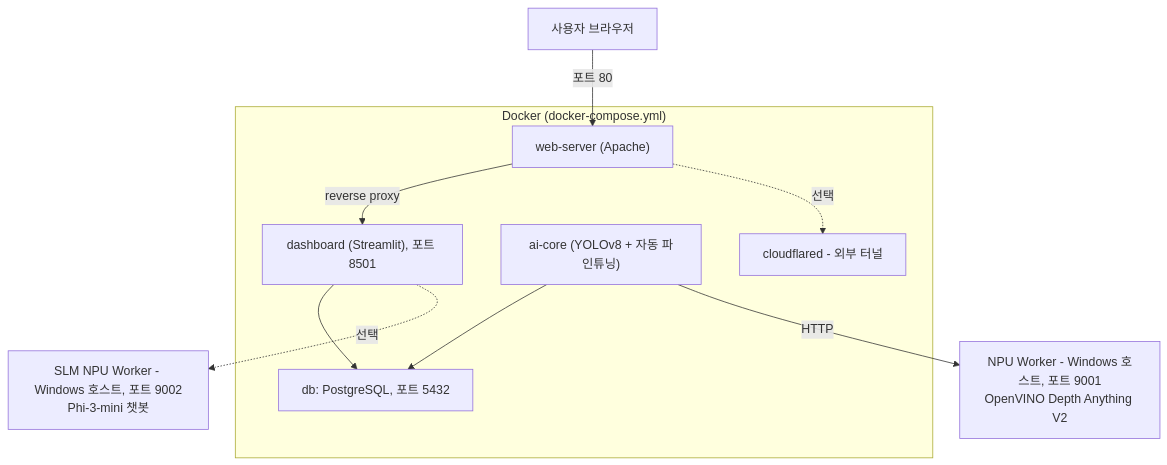
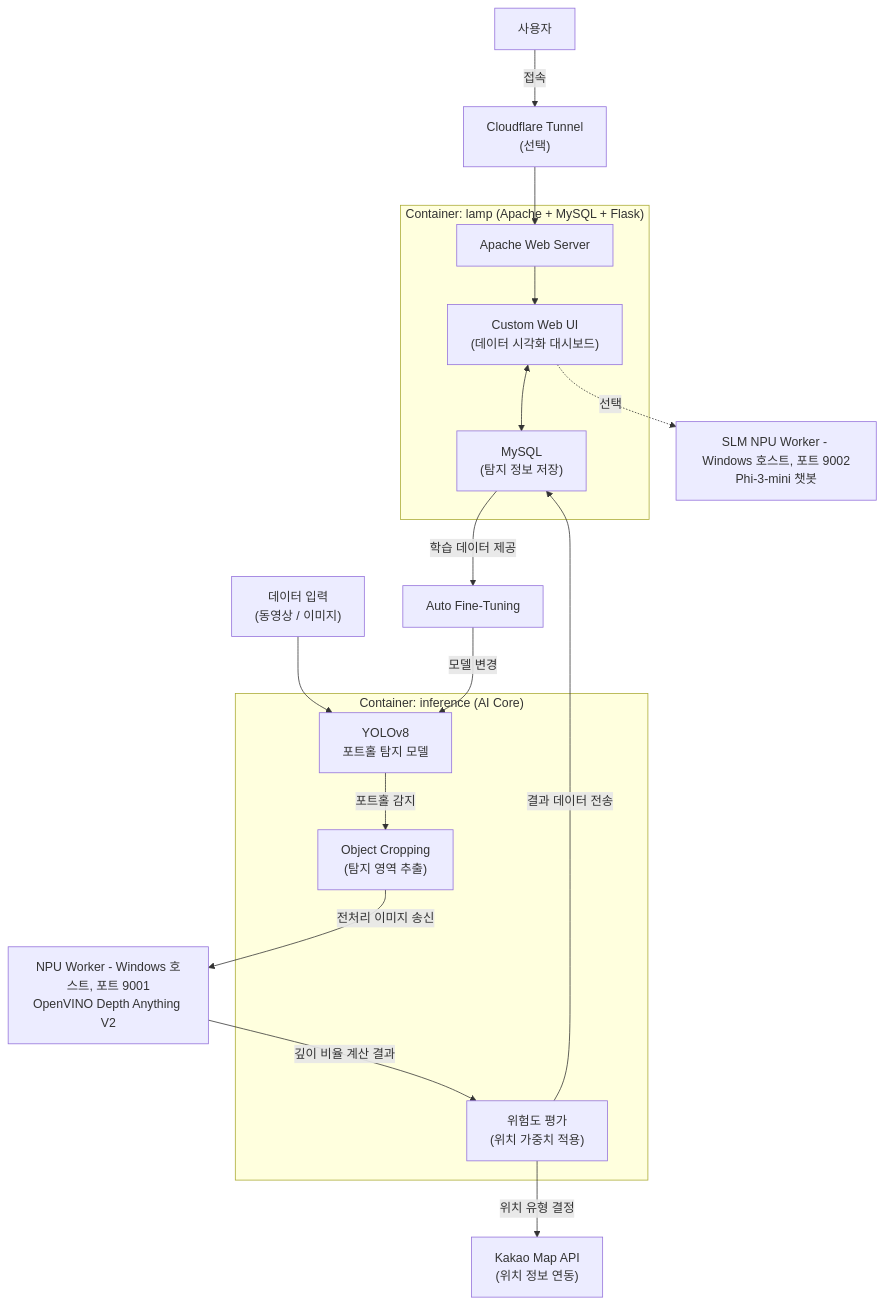
One commit to 2101080JUNGJINYOUNG/pothole-detection-system changed the diagram in README.md. Above: the diagram before and after it, drawn with Mermaid. The commit also changed other lines of this file and 94 other files, not shown here.

First line of the commit message:
Switch main architecture to LAMP+MySQL (team's official presented architecture)

````diff
--- a/README.md
+++ b/README.md
@@ -8,18 +11,29 @@
 ```mermaid
 graph TB
-    User["사용자 브라우저"] -->|"포트 80"| Web["web-server (Apache)"]
-    Web -->|"reverse proxy"| Dash["dashboard (Streamlit), 포트 8501"]
-    Dash --> DB["db: PostgreSQL, 포트 5432"]
-    AICore["ai-core (YOLOv8 + 자동 파인튜닝)"] --> DB
-    AICore -->|"HTTP"| NPU["NPU Worker - Windows 호스트, 포트 9001<br/>OpenVINO Depth Anything V2"]
-    Dash -.->|"선택"| Phi3["SLM NPU Worker - Windows 호스트, 포트 9002<br/>Phi-3-mini 챗봇"]
-    Web -.->|"선택"| CF["cloudflared - 외부 터널"]
+    User["사용자"] -->|"접속"| CF["Cloudflare Tunnel<br/>(선택)"]
+    CF --> Apache["Apache Web Server"]
+    Apache --> WebUI["Custom Web UI<br/>(데이터 시각화 대시보드)"]
+    WebUI <--> DB["MySQL<br/>(탐지 정보 저장)"]
 
-    subgraph Docker["Docker (docker-compose.yml)"]
-        Web
-        Dash
-        AICore
+    Video["데이터 입력<br/>(동영상 / 이미지)"] --> YOLO["YOLOv8<br/>포트홀 탐지 모델"]
+    YOLO -->|"포트홀 감지"| Crop["Object Cropping<br/>(탐지 영역 추출)"]
+    Crop -->|"전처리 이미지 송신"| NPU["NPU Worker - Windows 호스트, 포트 9001<br/>OpenVINO Depth Anything V2"]
+    NPU -->|"깊이 비율 계산 결과"| Risk["위험도 평가<br/>(위치 가중치 적용)"]
+    Risk -->|"위치 유형 결정"| Kakao["Kakao Map API<br/>(위치 정보 연동)"]
+    Risk -->|"결과 데이터 전송"| DB
+    DB -->|"학습 데이터 제공"| FT["Auto Fine-Tuning"]
+    FT -->|"모델 변경"| YOLO
+    WebUI -.->|"선택"| Phi3["SLM NPU Worker - Windows 호스트, 포트 9002<br/>Phi-3-mini 챗봇"]
+
+    subgraph Inference["Container: inference (AI Core)"]
+        YOLO
+        Crop
+        Risk
+    end
+
+    subgraph Lamp["Container: lamp (Apache + MySQL + Flask)"]
+        Apache
+        WebUI
         DB
-        CF
     end
 ```
````
